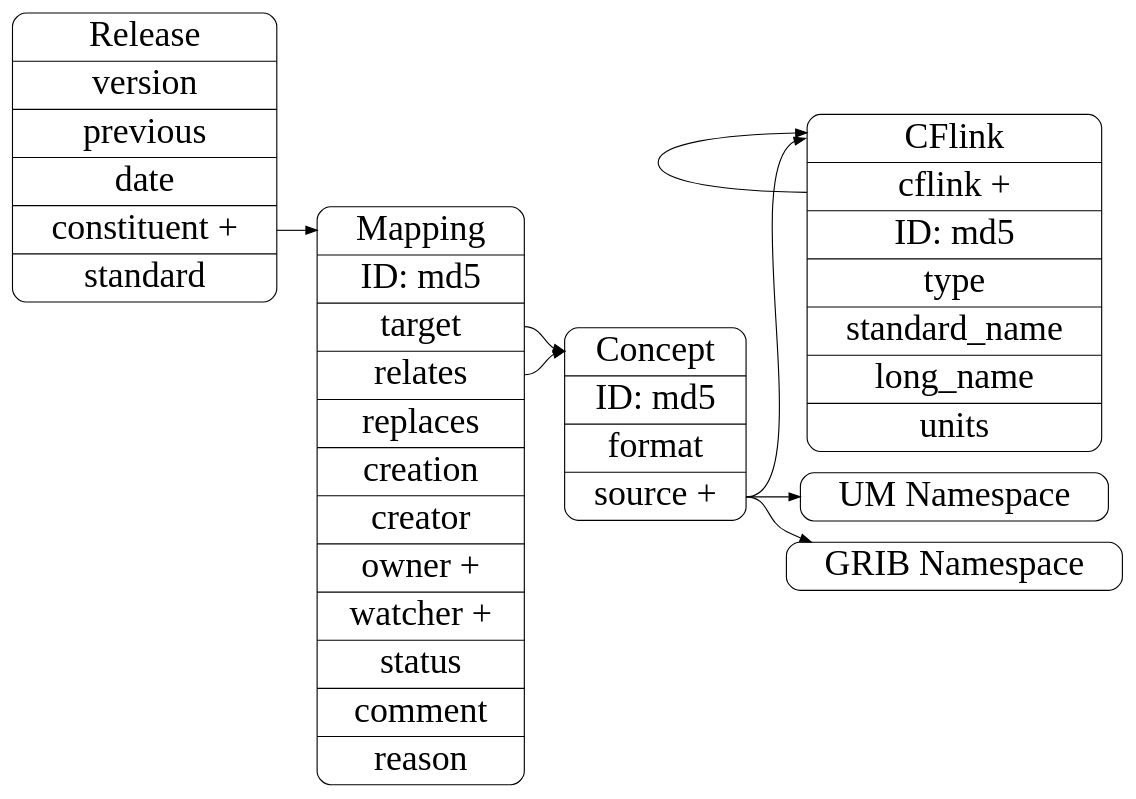
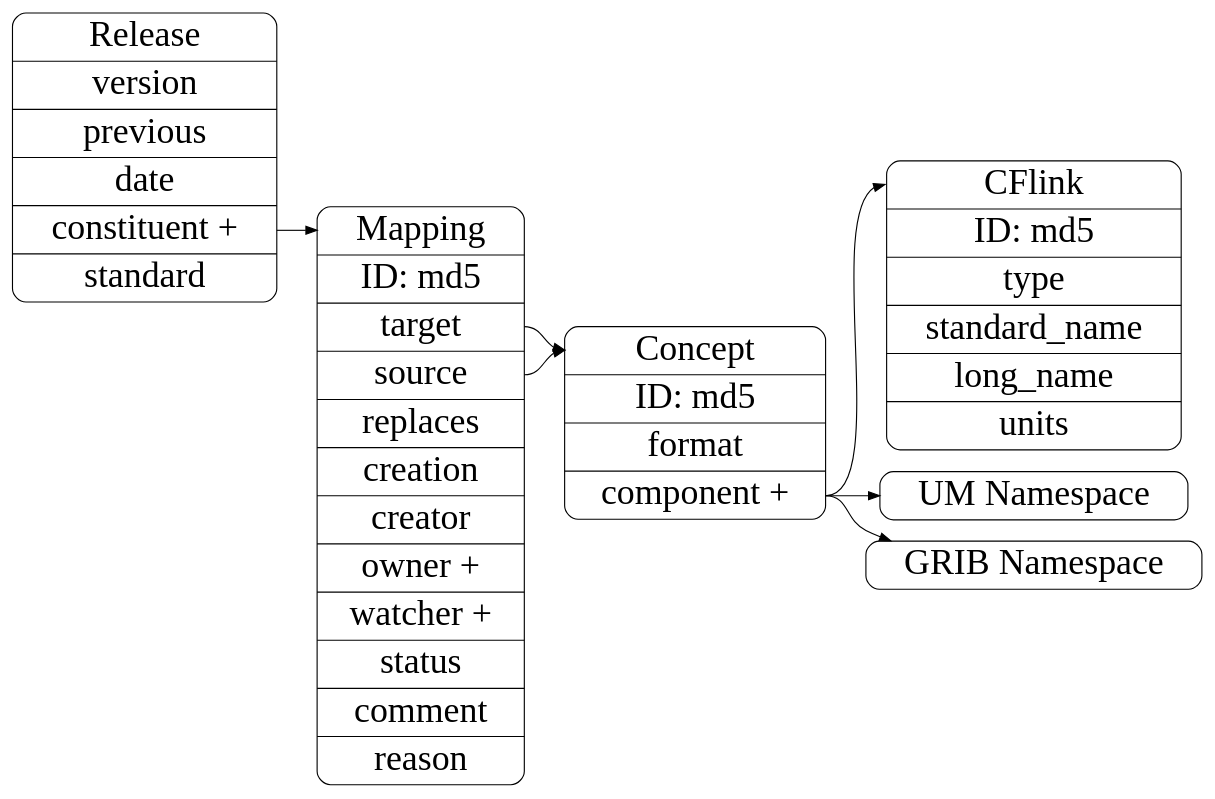
Before and after one commit to metarelate/metOcean-mapping: the diagram in docs/source/developer/design/records.dot, drawn with Graphviz. The commit also changed 13 other files, not shown here.

```diff
--- a/docs/source/developer/design/records.dot
+++ b/docs/source/developer/design/records.dot
@@ -1,65 +1,63 @@
 digraph records {
 
 ## basic setup 
 
    	rankdir = LR;
         node [
         fontsize = 32,
         shape = Mrecord
         ];
 
         edge [
         fontsize = 24
         ];
 
 ## class definitions
 
    	cflink [
-	label = "<title> CFlink |<cflink>cflink + |ID: md5 |<type>type |<sn>standard_name |<ln>long_name |<units>units"
+	label = "<title> CFlink |ID: md5 |<type>type |<sn>standard_name |<ln>long_name |<units>units"
 	];
 
 	concept [
-	label = "<title> Concept |ID: md5|<format> format |<source> source +"
+	label = "<title> Concept |ID: md5|<format> format |<component> component +"
 	];
 
 	mapping [
 
-	label = "<title> Mapping |ID: md5 |<target> target |<relates> relates |replaces |creation |creator |owner + |watcher + |status |comment |reason "
+	label = "<title> Mapping |ID: md5 |<target> target |<source> source |replaces |creation |creator |owner + |watcher + |status |comment |reason "
 
 	];
 
 
 	release [
 	label = "<title> Release |version|previous|date|<con>constituent + |standard"
 	];
 
 
 	um [
 	label = "UM Namespace"
 	];
 
 	grib [
 	label = "GRIB Namespace"
 	];
 
 
 
 ## relations
 
 
 
 	release:con -> mapping:title
 
-	mapping:relates -> concept:title
+	mapping:source -> concept:title
 
 	mapping:target -> concept:title
 
-	concept:source -> um
+	concept:component -> um
 
-	concept:source -> grib
+	concept:component -> grib
 
-	concept:source -> cflink:title
-
-	cflink:cflink -> cflink:title 
+	concept:component -> cflink:title
 
 }
```
